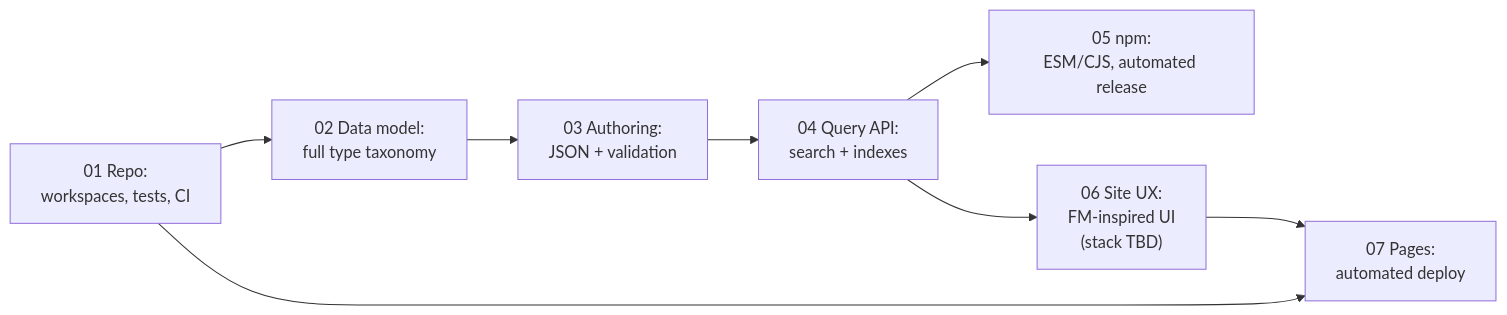
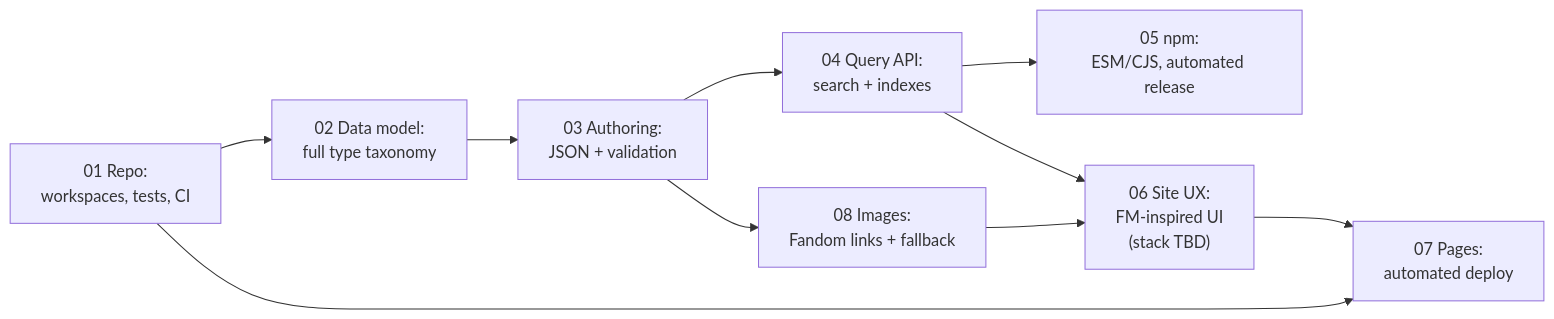
One commit to mhsalves/yugioh-fb-catalog changed the second of 2 diagrams in docs/specs/README.md. Above: the diagram before and after it, drawn with Mermaid. The commit also changed other lines of this file and 8 other files, not shown here.

First line of the commit message:
docs(specs): Add spec 08 for card images linked from the Fandom wiki

````diff
--- a/docs/specs/README.md
+++ b/docs/specs/README.md
@@ -121,10 +124,12 @@
 ```mermaid
 flowchart LR
     R["01 Repo:<br/>workspaces, tests, CI"] --> M["02 Data model:<br/>full type taxonomy"]
     M --> A["03 Authoring:<br/>JSON + validation"]
     A --> Q["04 Query API:<br/>search + indexes"]
     Q --> N["05 npm:<br/>ESM/CJS, automated release"]
     Q --> U["06 Site UX:<br/>FM-inspired UI<br/>(stack TBD)"]
     U --> P["07 Pages:<br/>automated deploy"]
     R --> P
+    A --> I["08 Images:<br/>Fandom links + fallback"]
+    I --> U
 ```
````
